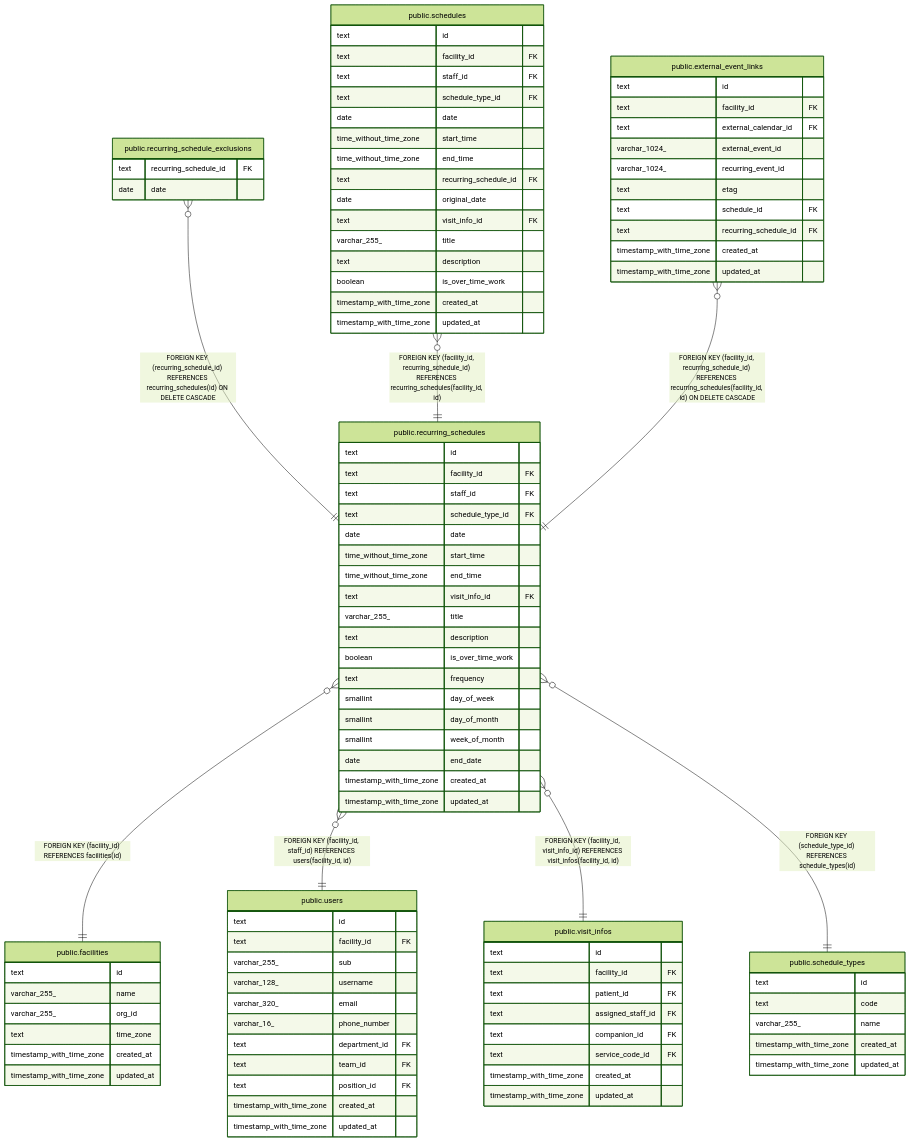
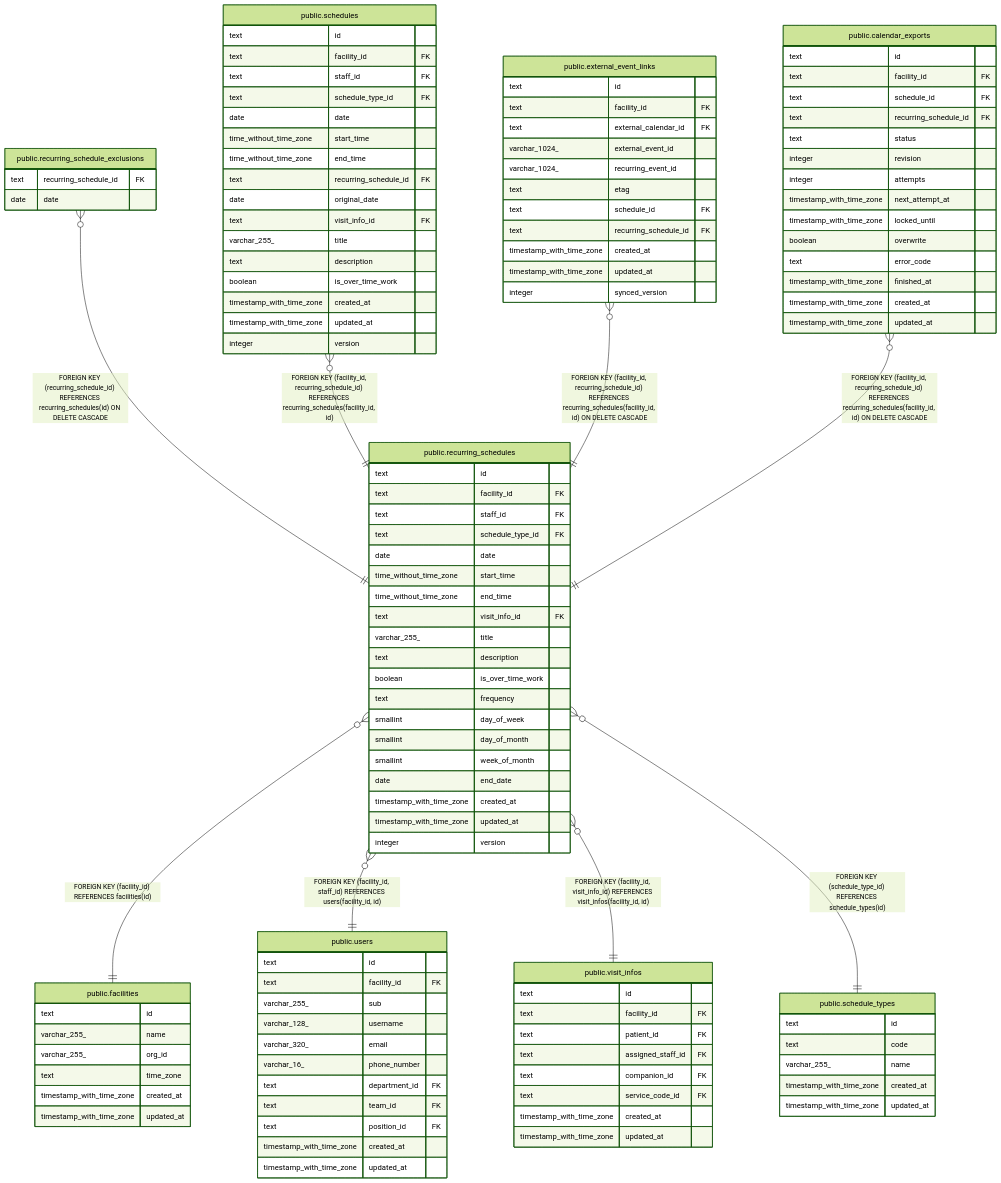
Before and after one commit to Fukuemon/buddy: the diagram in docs/db/schedule-api/public.recurring_schedules.md, drawn with Mermaid (forest theme). The commit also changed other lines of this file and 68 other files, not shown here.

```diff
--- a/docs/db/schedule-api/public.recurring_schedules.md
+++ b/docs/db/schedule-api/public.recurring_schedules.md
@@ -89,6 +92,7 @@
 "public.recurring_schedule_exclusions" }o--|| "public.recurring_schedules" : "FOREIGN KEY (recurring_schedule_id) REFERENCES recurring_schedules(id) ON DELETE CASCADE"
 "public.schedules" }o--|| "public.recurring_schedules" : "FOREIGN KEY (facility_id, recurring_schedule_id) REFERENCES recurring_schedules(facility_id, id)"
 "public.external_event_links" }o--|| "public.recurring_schedules" : "FOREIGN KEY (facility_id, recurring_schedule_id) REFERENCES recurring_schedules(facility_id, id) ON DELETE CASCADE"
+"public.calendar_exports" }o--|| "public.recurring_schedules" : "FOREIGN KEY (facility_id, recurring_schedule_id) REFERENCES recurring_schedules(facility_id, id) ON DELETE CASCADE"
 "public.recurring_schedules" }o--|| "public.facilities" : "FOREIGN KEY (facility_id) REFERENCES facilities(id)"
 "public.recurring_schedules" }o--|| "public.users" : "FOREIGN KEY (facility_id, staff_id) REFERENCES users(facility_id, id)"
 "public.recurring_schedules" }o--|| "public.visit_infos" : "FOREIGN KEY (facility_id, visit_info_id) REFERENCES visit_infos(facility_id, id)"
@@ -113,6 +117,7 @@
   date end_date
   timestamp_with_time_zone created_at
   timestamp_with_time_zone updated_at
+  integer version
 }
 "public.recurring_schedule_exclusions" {
   text recurring_schedule_id FK
@@ -134,6 +139,7 @@
   boolean is_over_time_work
   timestamp_with_time_zone created_at
   timestamp_with_time_zone updated_at
+  integer version
 }
 "public.external_event_links" {
   text id
@@ -144,6 +150,23 @@
   text etag
   text schedule_id FK
   text recurring_schedule_id FK
+  timestamp_with_time_zone created_at
+  timestamp_with_time_zone updated_at
+  integer synced_version
+}
+"public.calendar_exports" {
+  text id
+  text facility_id FK
+  text schedule_id FK
+  text recurring_schedule_id FK
+  text status
+  integer revision
+  integer attempts
+  timestamp_with_time_zone next_attempt_at
+  timestamp_with_time_zone locked_until
+  boolean overwrite
+  text error_code
+  timestamp_with_time_zone finished_at
   timestamp_with_time_zone created_at
   timestamp_with_time_zone updated_at
 }
```
